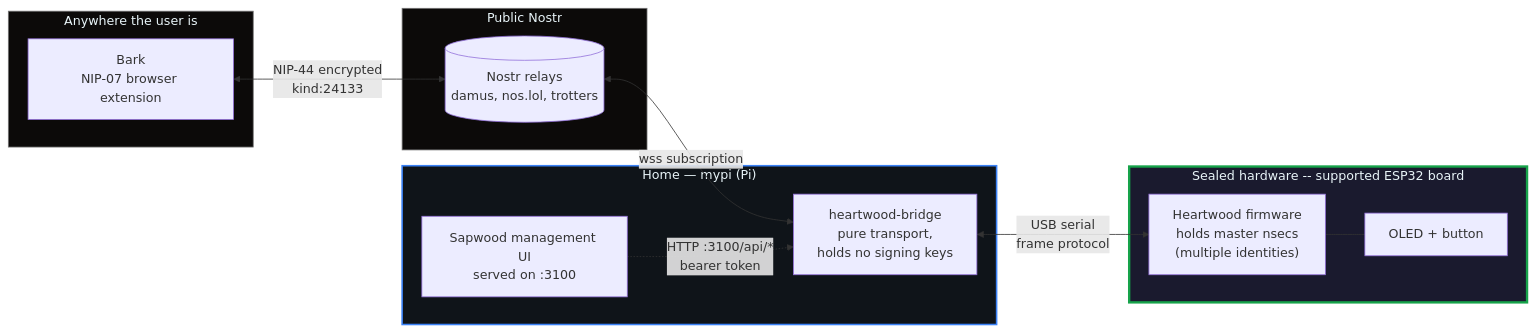
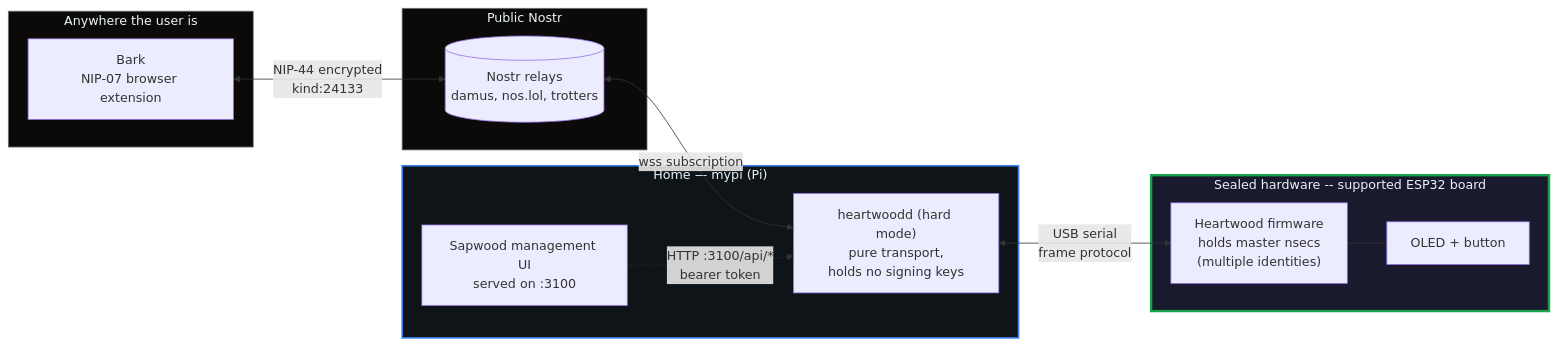
Before and after one commit to forgesworn/heartwood-esp32: the first of 5 diagrams in docs/architecture.md, drawn with Mermaid. The commit also changed other lines of this file and 2 other files, not shown here.

Commit message:
docs: fix flash command and button copy; architecture docs follow the heartwoodd rename

````diff
--- a/docs/architecture.md
+++ b/docs/architecture.md
@@ -12,31 +12,31 @@
 ```mermaid
 flowchart LR
     subgraph Anywhere["Anywhere the user is"]
         Bark["Bark<br/>NIP-07 browser extension"]
     end
 
     subgraph Public["Public Nostr"]
         Relays[("Nostr relays<br/>damus, nos.lol, trotters")]
     end
 
     subgraph Home["Home — mypi (Pi)"]
-        Bridge["heartwood-bridge<br/>pure transport,<br/>holds no signing keys"]
+        Bridge["heartwoodd (hard mode)<br/>pure transport,<br/>holds no signing keys"]
         Sapwood["Sapwood management UI<br/>served on :3100"]
     end
 
     subgraph HSM["Sealed hardware -- supported ESP32 board"]
         Firmware["Heartwood firmware<br/>holds master nsecs<br/>(multiple identities)"]
         OLED["OLED + button"]
     end
 
     Bark <-->|"NIP-44 encrypted<br/>kind:24133"| Relays
     Relays <-->|"wss subscription"| Bridge
     Bridge <-->|"USB serial<br/>frame protocol"| Firmware
     Firmware --- OLED
     Sapwood -.->|"HTTP :3100/api/*<br/>bearer token"| Bridge
 
     style HSM fill:#1a1a2e,stroke:#16a34a,stroke-width:3px,color:#e8f4f8
     style Home fill:#0f1419,stroke:#3b82f6,stroke-width:2px,color:#e8f4f8
     style Public fill:#0c0a09,stroke:#737373,color:#e8f4f8
     style Anywhere fill:#0c0a09,stroke:#737373,color:#e8f4f8
 ```
````
